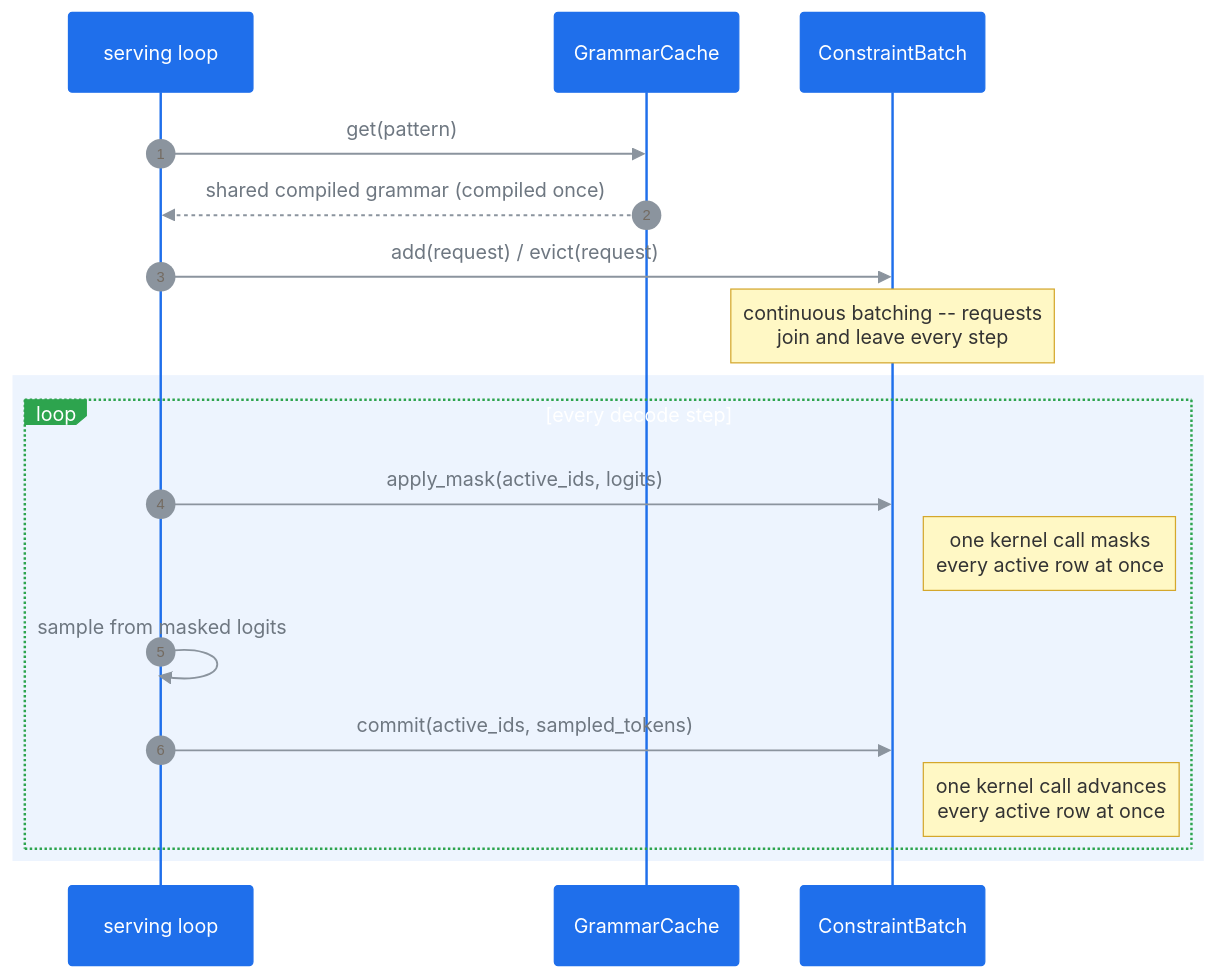
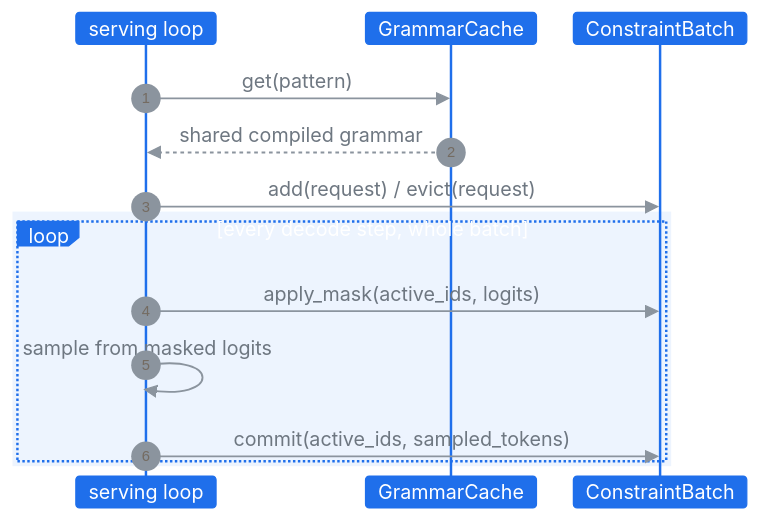
The diagram in README.md (zanarashidi/bpdecode), drawn with Mermaid before and after one commit. The commit also changed other lines of this file, not shown here.

First line of the commit message:
README: drop the flowchart, shrink the sequence diagram

````diff
--- a/README.md
+++ b/README.md
@@ -94,23 +94,20 @@
 ```mermaid
-%%{init: {"theme": "base", "themeVariables": {"primaryColor": "#1f6feb", "primaryTextColor": "#fff", "primaryBorderColor": "#1f6feb", "lineColor": "#8b949e", "actorBkg": "#1f6feb", "actorTextColor": "#fff", "actorBorder": "#1f6feb", "signalColor": "#8b949e", "signalTextColor": "#6e7781", "noteBkgColor": "#fff8c5", "noteBorderColor": "#d4a72c", "labelBoxBkgColor": "#2da44e", "labelBoxBorderColor": "#2da44e", "labelTextColor": "#fff"}}}%%
+%%{init: {"theme": "base", "themeVariables": {"primaryColor": "#1f6feb", "primaryTextColor": "#fff", "primaryBorderColor": "#1f6feb", "lineColor": "#8b949e", "actorBkg": "#1f6feb", "actorTextColor": "#fff", "actorBorder": "#1f6feb", "signalColor": "#8b949e", "signalTextColor": "#6e7781", "noteBkgColor": "#fff8c5", "noteBorderColor": "#d4a72c", "fontSize": "12px"}, "sequence": {"actorMargin": 30, "boxMargin": 4, "messageMargin": 16, "noteMargin": 4, "height": 26, "width": 90}}}%%
 sequenceDiagram
     autonumber
     participant Server as serving loop
     participant Cache as GrammarCache
     participant Batch as ConstraintBatch
 
     Server->>Cache: get(pattern)
-    Cache-->>Server: shared compiled grammar (compiled once)
+    Cache-->>Server: shared compiled grammar
     Server->>Batch: add(request) / evict(request)
-    Note over Batch: continuous batching -- requests<br/>join and leave every step
 
     rect rgba(31, 111, 235, 0.08)
-    loop every decode step
+    loop every decode step, whole batch
         Server->>Batch: apply_mask(active_ids, logits)
-        Note right of Batch: one kernel call masks<br/>every active row at once
         Server->>Server: sample from masked logits
         Server->>Batch: commit(active_ids, sampled_tokens)
-        Note right of Batch: one kernel call advances<br/>every active row at once
     end
     end
 ```
````
